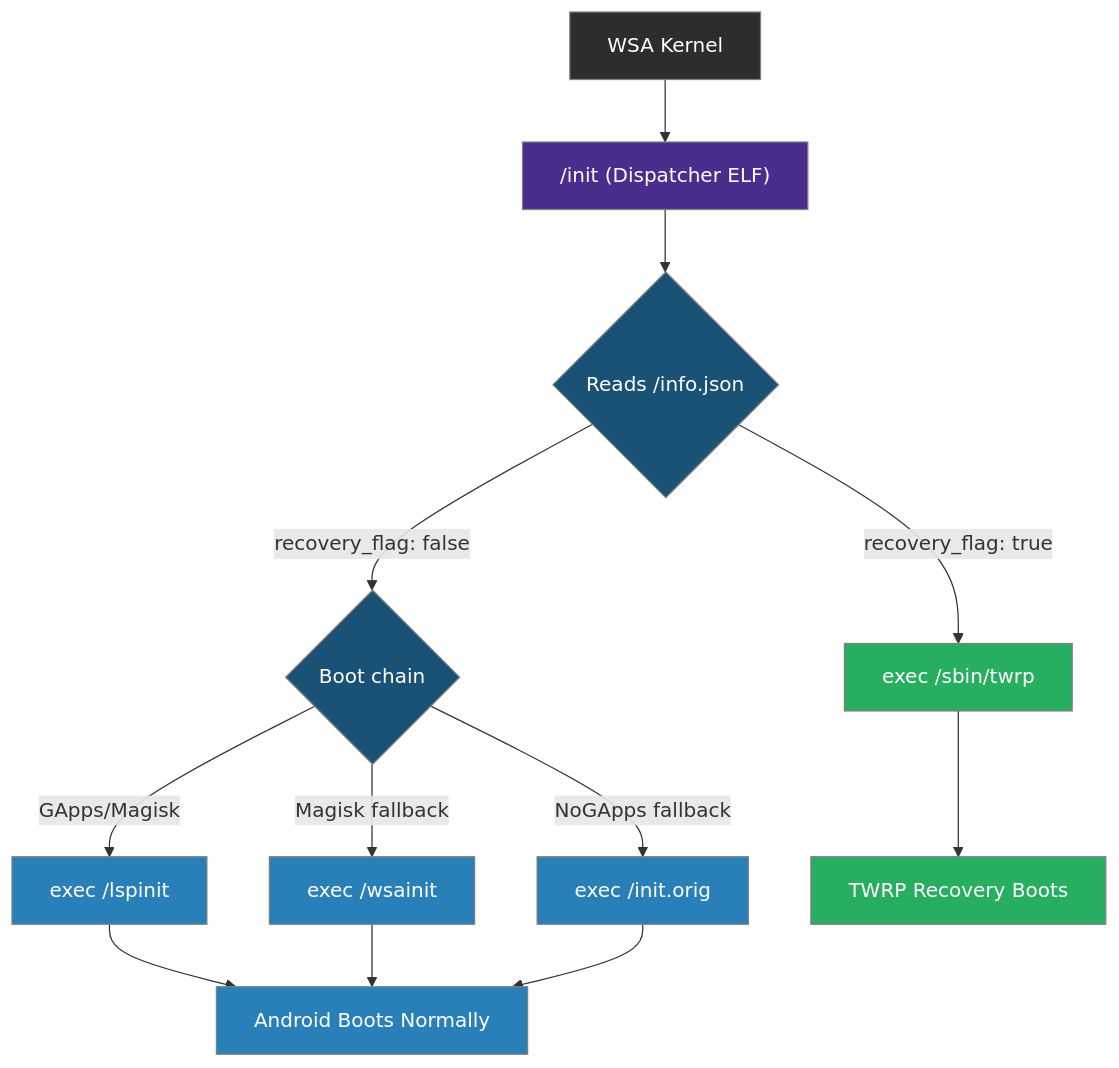
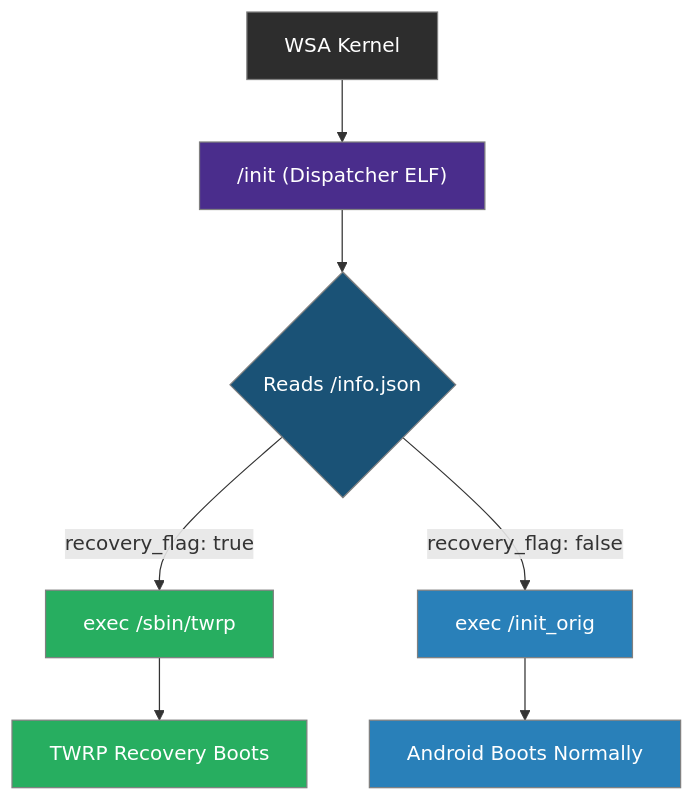
The first of 3 diagrams in README.md (WSA-Installer/twrp-for-wsa), drawn with Mermaid before and after one commit. The commit also changed other lines of this file and 4 other files, not shown here.

First line of the commit message:
Simplify init.c: kernel starts /init, dispatcher chains to /init_orig

````diff
--- a/README.md
+++ b/README.md
@@ -234,25 +234,17 @@
 ```mermaid
 flowchart TD
     A[WSA Kernel] --> B["/init (Dispatcher ELF)"]
     B --> C{Reads /info.json}
     C -->|"recovery_flag: true"| D["exec /sbin/twrp"]
-    C -->|"recovery_flag: false"| F{Boot chain}
-    F -->|GApps/Magisk| G["exec /lspinit"]
-    F -->|Magisk fallback| H["exec /wsainit"]
-    F -->|NoGApps fallback| I["exec /init.orig"]
-    D --> E[TWRP Recovery Boots]
-    G --> J[Android Boots Normally]
-    H --> J
-    I --> J
+    C -->|"recovery_flag: false"| E["exec /init_orig"]
+    D --> F[TWRP Recovery Boots]
+    E --> G[Android Boots Normally]
 
     style A fill:#2d2d2d,stroke:#808080,color:#fff
     style B fill:#4a2d8c,stroke:#808080,color:#fff
     style C fill:#1a5276,stroke:#808080,color:#fff
     style D fill:#27ae60,stroke:#808080,color:#fff
-    style E fill:#27ae60,stroke:#808080,color:#fff
-    style F fill:#1a5276,stroke:#808080,color:#fff
+    style E fill:#2980b9,stroke:#808080,color:#fff
+    style F fill:#27ae60,stroke:#808080,color:#fff
     style G fill:#2980b9,stroke:#808080,color:#fff
-    style H fill:#2980b9,stroke:#808080,color:#fff
-    style I fill:#2980b9,stroke:#808080,color:#fff
-    style J fill:#2980b9,stroke:#808080,color:#fff
 ```
````
